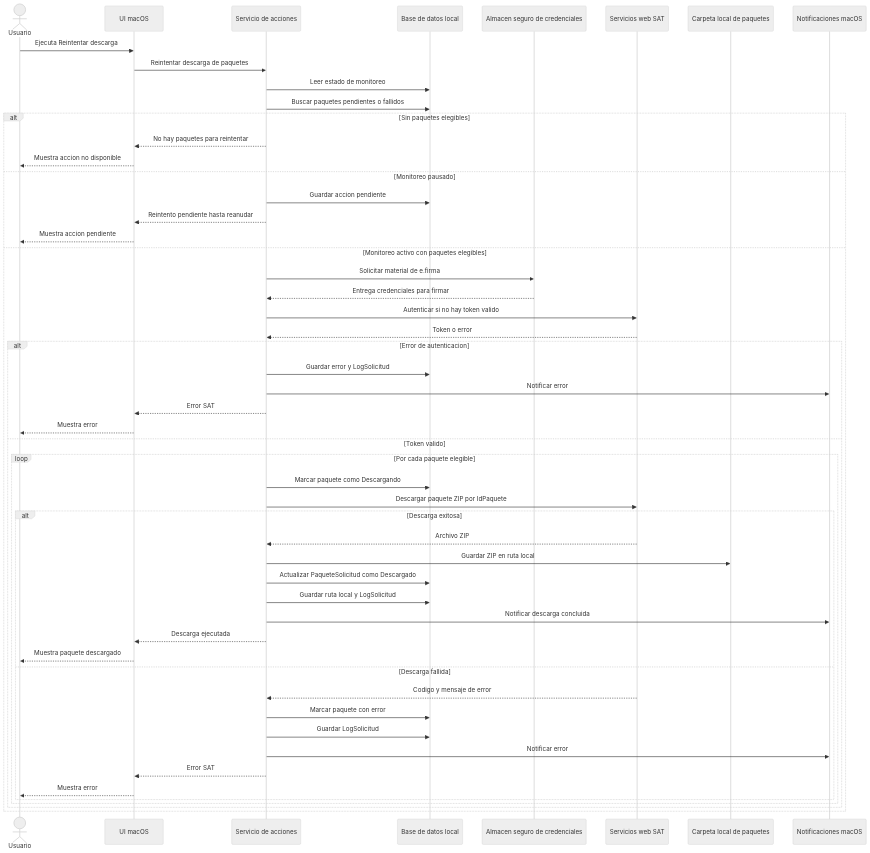
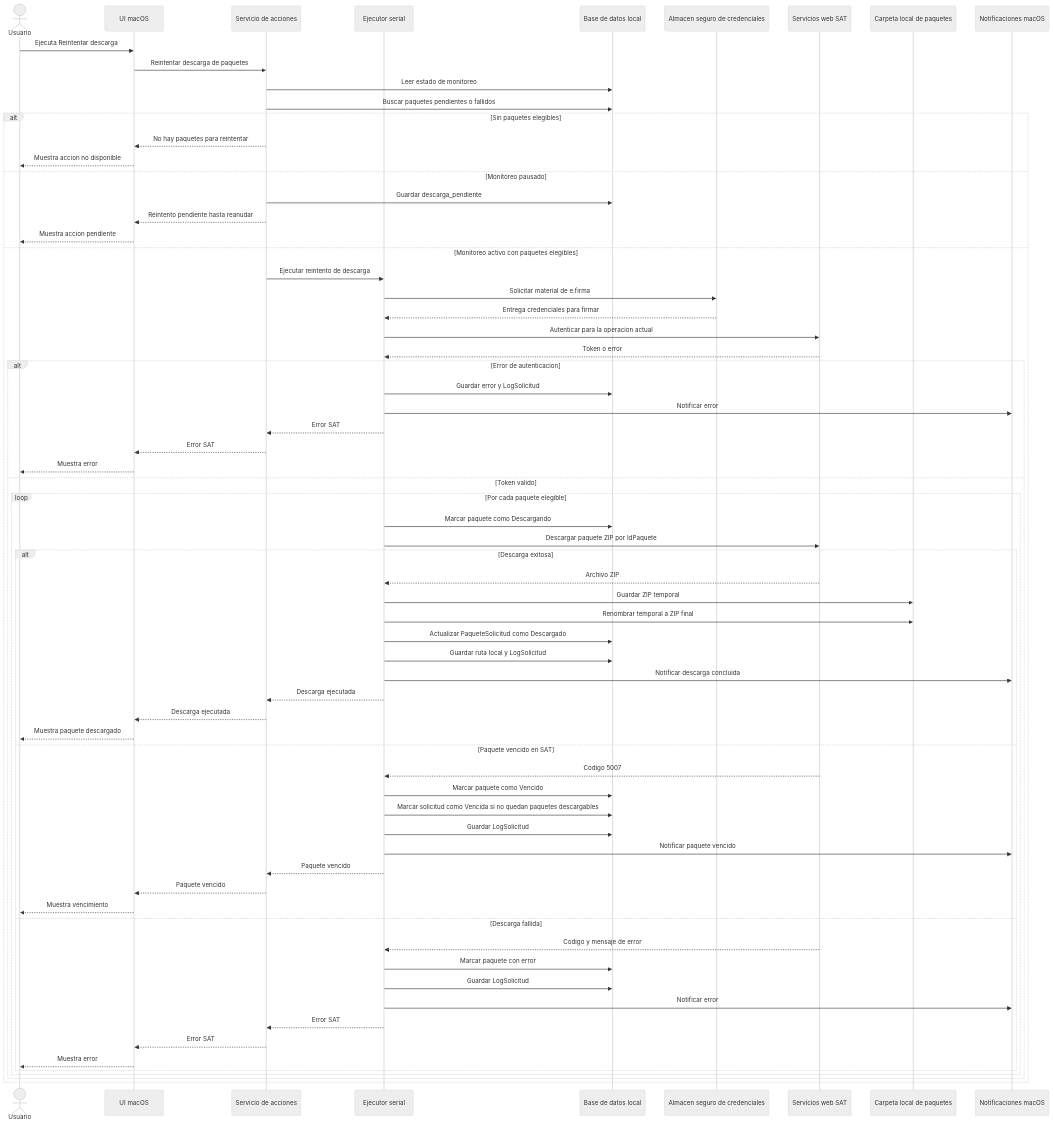
One commit to irritila/sat-cfdi-downloader changed the tenth of 21 diagrams in docs/architecture.md. Above: the diagram before and after it, drawn with Mermaid (neutral theme). The commit also changed other lines of this file and 14 other files, not shown here.

````diff
--- a/docs/architecture.md
+++ b/docs/architecture.md
@@ -564,59 +605,74 @@
 ```mermaid
 sequenceDiagram
     actor Usuario
     participant UI as UI macOS
     participant Acciones as Servicio de acciones
+    participant Executor as Ejecutor serial
     participant DB as Base de datos local
     participant Credenciales as Almacen seguro de credenciales
     participant SAT as Servicios web SAT
     participant Archivos as Carpeta local de paquetes
     participant Notificaciones as Notificaciones macOS
 
     Usuario->>UI: Ejecuta Reintentar descarga
     UI->>Acciones: Reintentar descarga de paquetes
     Acciones->>DB: Leer estado de monitoreo
     Acciones->>DB: Buscar paquetes pendientes o fallidos
 
     alt Sin paquetes elegibles
         Acciones-->>UI: No hay paquetes para reintentar
         UI-->>Usuario: Muestra accion no disponible
     else Monitoreo pausado
-        Acciones->>DB: Guardar accion pendiente
+        Acciones->>DB: Guardar descarga_pendiente
         Acciones-->>UI: Reintento pendiente hasta reanudar
         UI-->>Usuario: Muestra accion pendiente
     else Monitoreo activo con paquetes elegibles
-        Acciones->>Credenciales: Solicitar material de e.firma
-        Credenciales-->>Acciones: Entrega credenciales para firmar
-        Acciones->>SAT: Autenticar si no hay token valido
-        SAT-->>Acciones: Token o error
+        Acciones->>Executor: Ejecutar reintento de descarga
+        Executor->>Credenciales: Solicitar material de e.firma
+        Credenciales-->>Executor: Entrega credenciales para firmar
+        Executor->>SAT: Autenticar para la operacion actual
+        SAT-->>Executor: Token o error
 
         alt Error de autenticacion
-            Acciones->>DB: Guardar error y LogSolicitud
-            Acciones->>Notificaciones: Notificar error
+            Executor->>DB: Guardar error y LogSolicitud
+            Executor->>Notificaciones: Notificar error
+            Executor-->>Acciones: Error SAT
             Acciones-->>UI: Error SAT
             UI-->>Usuario: Muestra error
         else Token valido
             loop Por cada paquete elegible
-                Acciones->>DB: Marcar paquete como Descargando
-                Acciones->>SAT: Descargar paquete ZIP por IdPaquete
+                Executor->>DB: Marcar paquete como Descargando
+                Executor->>SAT: Descargar paquete ZIP por IdPaquete
 
                 alt Descarga exitosa
-                    SAT-->>Acciones: Archivo ZIP
-                    Acciones->>Archivos: Guardar ZIP en ruta local
-                    Acciones->>DB: Actualizar PaqueteSolicitud como Descargado
-                    Acciones->>DB: Guardar ruta local y LogSolicitud
-                    Acciones->>Notificaciones: Notificar descarga concluida
+                    SAT-->>Executor: Archivo ZIP
+                    Executor->>Archivos: Guardar ZIP temporal
+                    Executor->>Archivos: Renombrar temporal a ZIP final
+                    Executor->>DB: Actualizar PaqueteSolicitud como Descargado
+                    Executor->>DB: Guardar ruta local y LogSolicitud
+                    Executor->>Notificaciones: Notificar descarga concluida
+                    Executor-->>Acciones: Descarga ejecutada
                     Acciones-->>UI: Descarga ejecutada
                     UI-->>Usuario: Muestra paquete descargado
+                else Paquete vencido en SAT
+                    SAT-->>Executor: Codigo 5007
+                    Executor->>DB: Marcar paquete como Vencido
+                    Executor->>DB: Marcar solicitud como Vencida si no quedan paquetes descargables
+                    Executor->>DB: Guardar LogSolicitud
+                    Executor->>Notificaciones: Notificar paquete vencido
+                    Executor-->>Acciones: Paquete vencido
+                    Acciones-->>UI: Paquete vencido
+                    UI-->>Usuario: Muestra vencimiento
                 else Descarga fallida
-                    SAT-->>Acciones: Codigo y mensaje de error
-                    Acciones->>DB: Marcar paquete con error
-                    Acciones->>DB: Guardar LogSolicitud
-                    Acciones->>Notificaciones: Notificar error
+                    SAT-->>Executor: Codigo y mensaje de error
+                    Executor->>DB: Marcar paquete con error
+                    Executor->>DB: Guardar LogSolicitud
+                    Executor->>Notificaciones: Notificar error
+                    Executor-->>Acciones: Error SAT
                     Acciones-->>UI: Error SAT
                     UI-->>Usuario: Muestra error
                 end
             end
         end
     end
 ```
````
